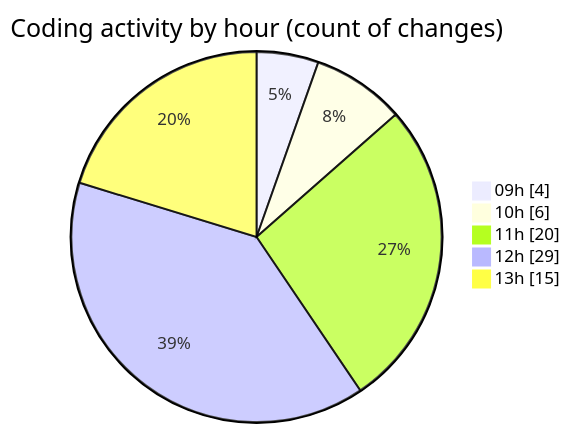
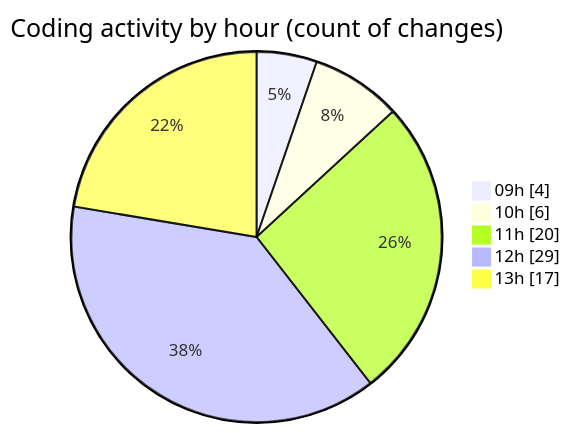
One commit to momahboobian/code-tracking changed the second of 2 diagrams in 2025-05-29/cda/README.md. Above: the diagram before and after it, drawn with Mermaid. The commit also changed other lines of this file and 1 other file, not shown here.

````diff
--- a/2025-05-29/cda/README.md
+++ b/2025-05-29/cda/README.md
@@ -32,9 +32,9 @@
 ```mermaid
 pie showData
 title Coding activity by hour (count of changes)
 "09h" : 4
 "10h" : 6
 "11h" : 20
 "12h" : 29
-"13h" : 15
+"13h" : 17
 ```
````
